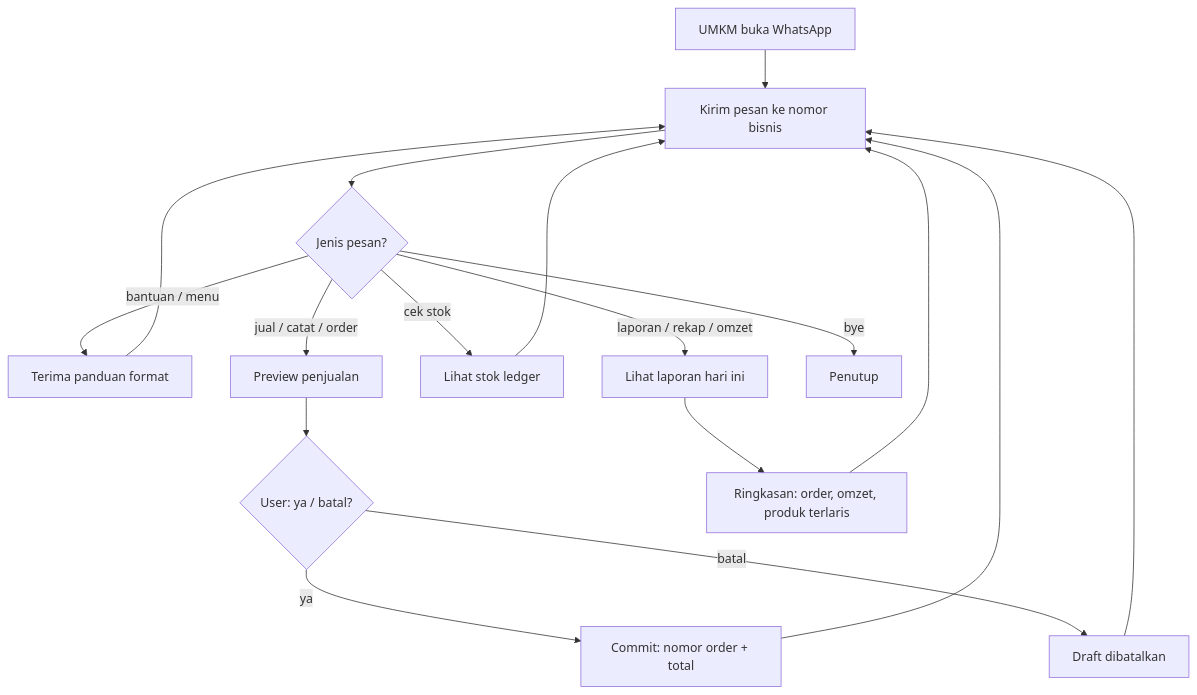
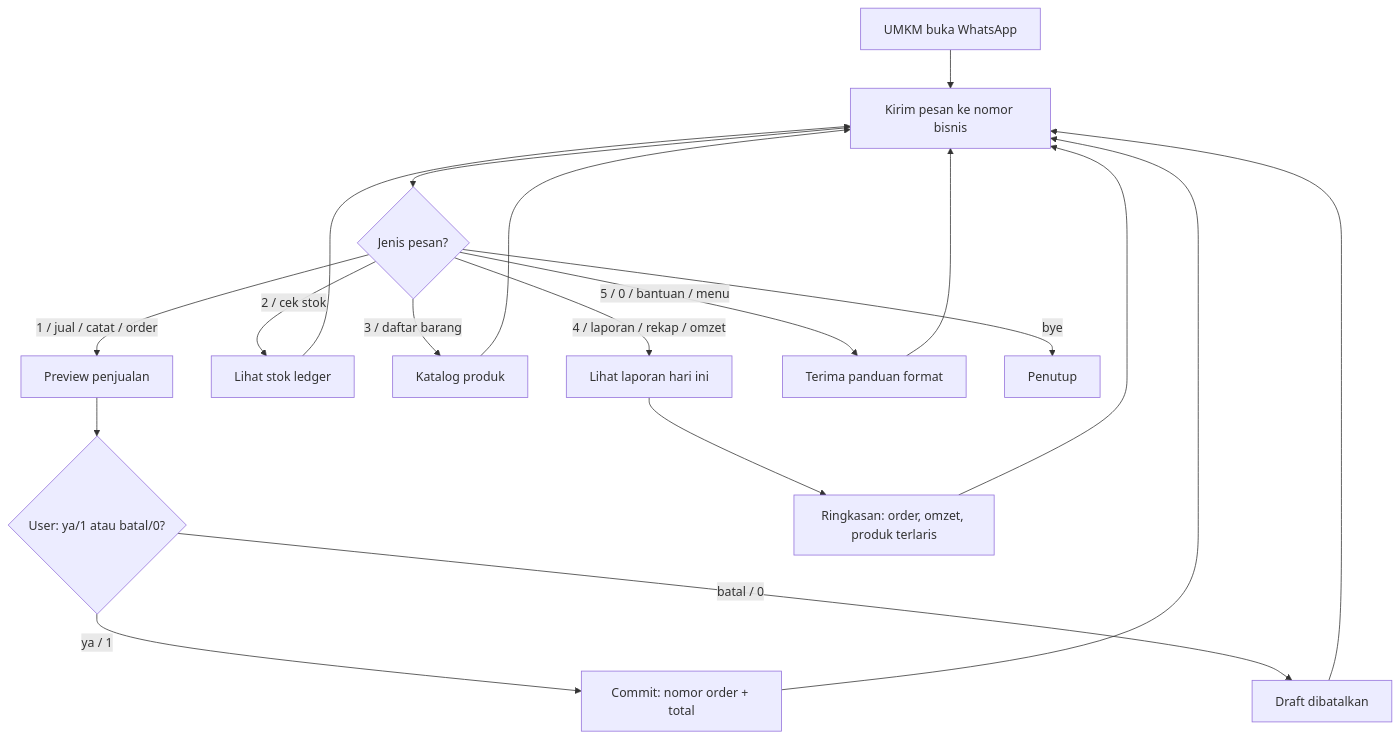
Before and after one commit to nusantarasoft/juragan-aibuilder-cup: the first of 10 diagrams in middleware/STUDIO_UMKM_FLOW.md, drawn with Mermaid. The commit also changed other lines of this file and 8 other files, not shown here.

First line of the commit message:
feat: enhance UMKM sales assistant with numbered menu and improved user interactions

````diff
--- a/middleware/STUDIO_UMKM_FLOW.md
+++ b/middleware/STUDIO_UMKM_FLOW.md
@@ -26,23 +26,25 @@
 ```mermaid
 flowchart TD
     U[UMKM buka WhatsApp]
     U --> M1[Kirim pesan ke nomor bisnis]
     M1 --> W{Jenis pesan?}
 
-    W -->|bantuan / menu| H[Terima panduan format]
-    W -->|jual / catat / order| R[Preview penjualan]
-    W -->|cek stok| S[Lihat stok ledger]
-    W -->|laporan / rekap / omzet| L[Lihat laporan hari ini]
+    W -->|1 / jual / catat / order| R[Preview penjualan]
+    W -->|2 / cek stok| S[Lihat stok ledger]
+    W -->|3 / daftar barang| K[Katalog produk]
+    W -->|4 / laporan / rekap / omzet| L[Lihat laporan hari ini]
+    W -->|5 / 0 / bantuan / menu| H[Terima panduan format]
     W -->|bye| X[Penutup]
 
-    R --> P{User: ya / batal?}
-    P -->|ya| RC[Commit: nomor order + total]
-    P -->|batal| CX[Draft dibatalkan]
+    R --> P{User: ya/1 atau batal/0?}
+    P -->|ya / 1| RC[Commit: nomor order + total]
+    P -->|batal / 0| CX[Draft dibatalkan]
     L --> LR[Ringkasan: order, omzet, produk terlaris]
 
     H --> M1
     S --> M1
+    K --> M1
     RC --> M1
     CX --> M1
     LR --> M1
 ```
````
